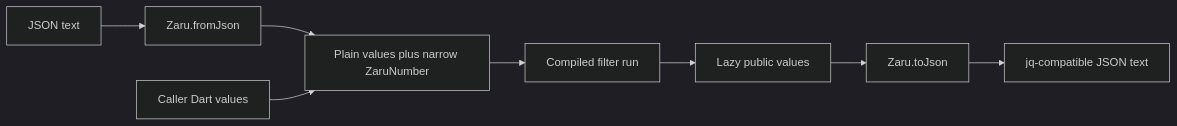
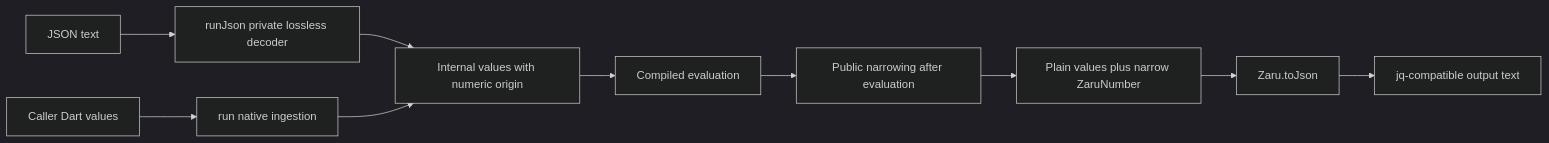
One commit to sh1ny/zaru changed the third of 3 diagrams in openspec/changes/implement-core-language/design.md. Above: the diagram before and after it, drawn with Mermaid (dark theme). The commit also changed other lines of this file and 11 other files, not shown here.

````diff
--- a/openspec/changes/implement-core-language/design.md
+++ b/openspec/changes/implement-core-language/design.md
@@ -99,10 +135,12 @@
 ```mermaid
 flowchart LR
-  Text[JSON text] --> Decode[Zaru.fromJson]
-  Decode --> Value[Plain values plus narrow ZaruNumber]
-  Native[Caller Dart values] --> Value
-  Value --> Run[Compiled filter run]
-  Run --> Result[Lazy public values]
+  Text[JSON text] --> Decode[runJson private lossless decoder]
+  Decode --> Internal[Internal values with numeric origin]
+  Native[Caller Dart values] --> Ingest[run native ingestion]
+  Ingest --> Internal
+  Internal --> Eval[Compiled evaluation]
+  Eval --> Export[Public narrowing after evaluation]
+  Export --> Result[Plain values plus narrow ZaruNumber]
   Result --> Encode[Zaru.toJson]
-  Encode --> JSON[jq-compatible JSON text]
+  Encode --> JSON[jq-compatible output text]
 ```
````
